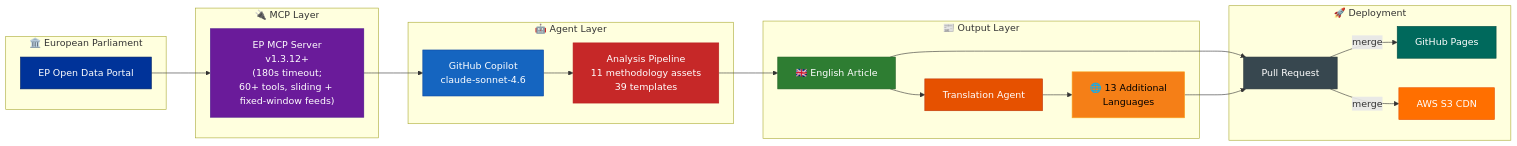
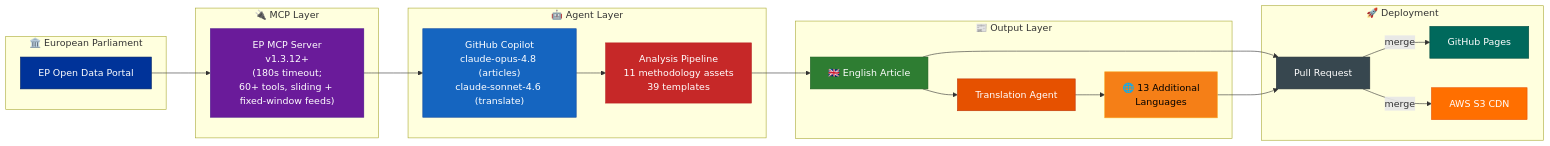
One commit to Hack23/euparliamentmonitor changed diagram 22 of 22 in WORKFLOWS.md. Above: the diagram before and after it, drawn with Mermaid. The commit also changed other lines of this file and 3 other files, not shown here.

Commit message:
docs: refresh WORKFLOWS/ARCHITECTURE/Article-Generation for Opus 4.8 fleet

````diff
--- a/WORKFLOWS.md
+++ b/WORKFLOWS.md
@@ -2156,42 +2156,42 @@
 ```mermaid
 flowchart LR
     subgraph "🏛️ European Parliament"
         EP["EP Open Data Portal"]
     end
 
     subgraph "🔌 MCP Layer"
         MCP["EP MCP Server<br/>v1.3.12+<br/>(180s timeout;<br/>60+ tools, sliding + fixed-window feeds)"]
     end
 
     subgraph "🤖 Agent Layer"
-        Agent["GitHub Copilot<br/>claude-sonnet-4.6"]
+        Agent["GitHub Copilot<br/>claude-opus-4.8 (articles)<br/>claude-sonnet-4.6 (translate)"]
         Analyze["Analysis Pipeline<br/>11 methodology assets<br/>39 templates"]
     end
 
     subgraph "📰 Output Layer"
         EN["🇬🇧 English Article"]
         Translate["Translation Agent"]
         Multi["🌐 13 Additional<br/>Languages"]
     end
 
     subgraph "🚀 Deployment"
         PR["Pull Request"]
         Pages["GitHub Pages"]
         S3["AWS S3 CDN"]
     end
 
     EP --> MCP --> Agent --> Analyze --> EN --> PR
     EN --> Translate --> Multi --> PR
     PR --> |"merge"| Pages & S3
 
     style EP fill:#003399,stroke:#002266,color:#FFFFFF
     style MCP fill:#6A1B9A,stroke:#4A148C,color:#FFFFFF
     style Agent fill:#1565C0,stroke:#0D47A1,color:#FFFFFF
     style Analyze fill:#C62828,stroke:#B71C1C,color:#FFFFFF
     style EN fill:#2E7D32,stroke:#1B5E20,color:#FFFFFF
     style Translate fill:#E65100,stroke:#BF360C,color:#FFFFFF
     style Multi fill:#F57F17,stroke:#F9A825,color:#000000
     style PR fill:#37474F,stroke:#263238,color:#FFFFFF
     style Pages fill:#00695C,stroke:#004D40,color:#FFFFFF
     style S3 fill:#FF6F00,stroke:#E65100,color:#FFFFFF
 ```
````
